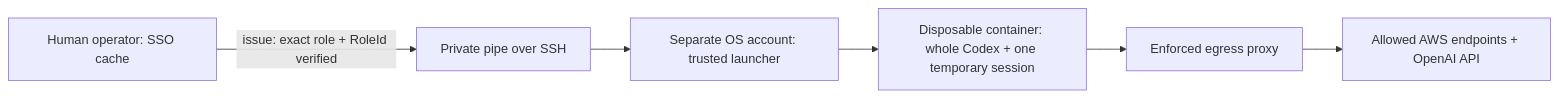
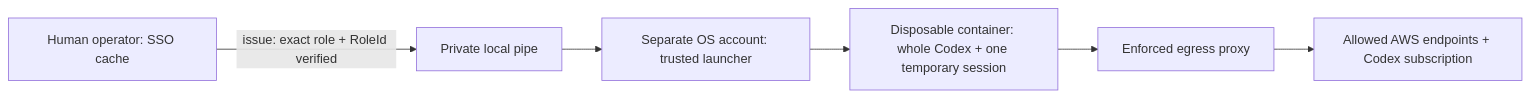
The diagram in infrastructure/agent-executor/README.md (cambridgetcg/aws-infra), drawn with Mermaid before and after one commit. The commit also changed other lines of this file and 30 other files, not shown here.

Commit message:
Record live scoped AWS access and prepare subscription executor

````diff
--- a/infrastructure/agent-executor/README.md
+++ b/infrastructure/agent-executor/README.md
@@ -9,8 +13,8 @@
 ```mermaid
 flowchart LR
-  H[Human operator: SSO cache] -->|issue: exact role + RoleId verified| P[Private pipe over SSH]
+  H[Human operator: SSO cache] -->|issue: exact role + RoleId verified| P[Private local pipe]
   P --> L[Separate OS account: trusted launcher]
   L --> C[Disposable container: whole Codex + one temporary session]
   C --> E[Enforced egress proxy]
-  E --> A[Allowed AWS endpoints + OpenAI API]
+  E --> A[Allowed AWS endpoints + Codex subscription]
 ```
````
